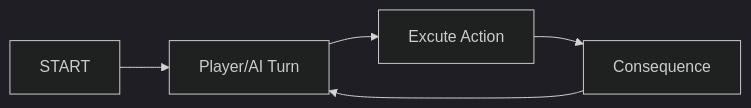
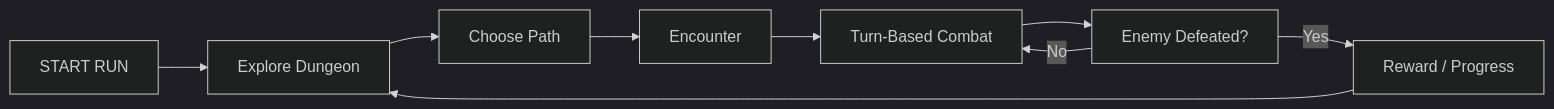
Before and after one commit to rastrelligr/morthodkai-inc-aac-rip-off-: the diagram in [MorThodKaiInc] - game/docs/01_GDD/01-core-loop.md, drawn with Mermaid (dark theme). The commit also changed other lines of this file, not shown here.

````diff
--- a/[MorThodKaiInc] - game/docs/01_GDD/01-core-loop.md
+++ b/[MorThodKaiInc] - game/docs/01_GDD/01-core-loop.md
@@ -10,7 +10,11 @@
 ```mermaid
 flowchart LR
-A[START] --> B[Player/AI Turn]
-B --> C[Excute Action]
-C --> D[Consequence]
-D --> B
+A[START RUN] --> B[Explore Dungeon]
+B --> C[Choose Path]
+C --> D[Encounter]
+D --> E[Turn-Based Combat]
+E --> F[Enemy Defeated?]
+F -->|No| E
+F -->|Yes| G[Reward / Progress]
+G --> B
 ```
````
